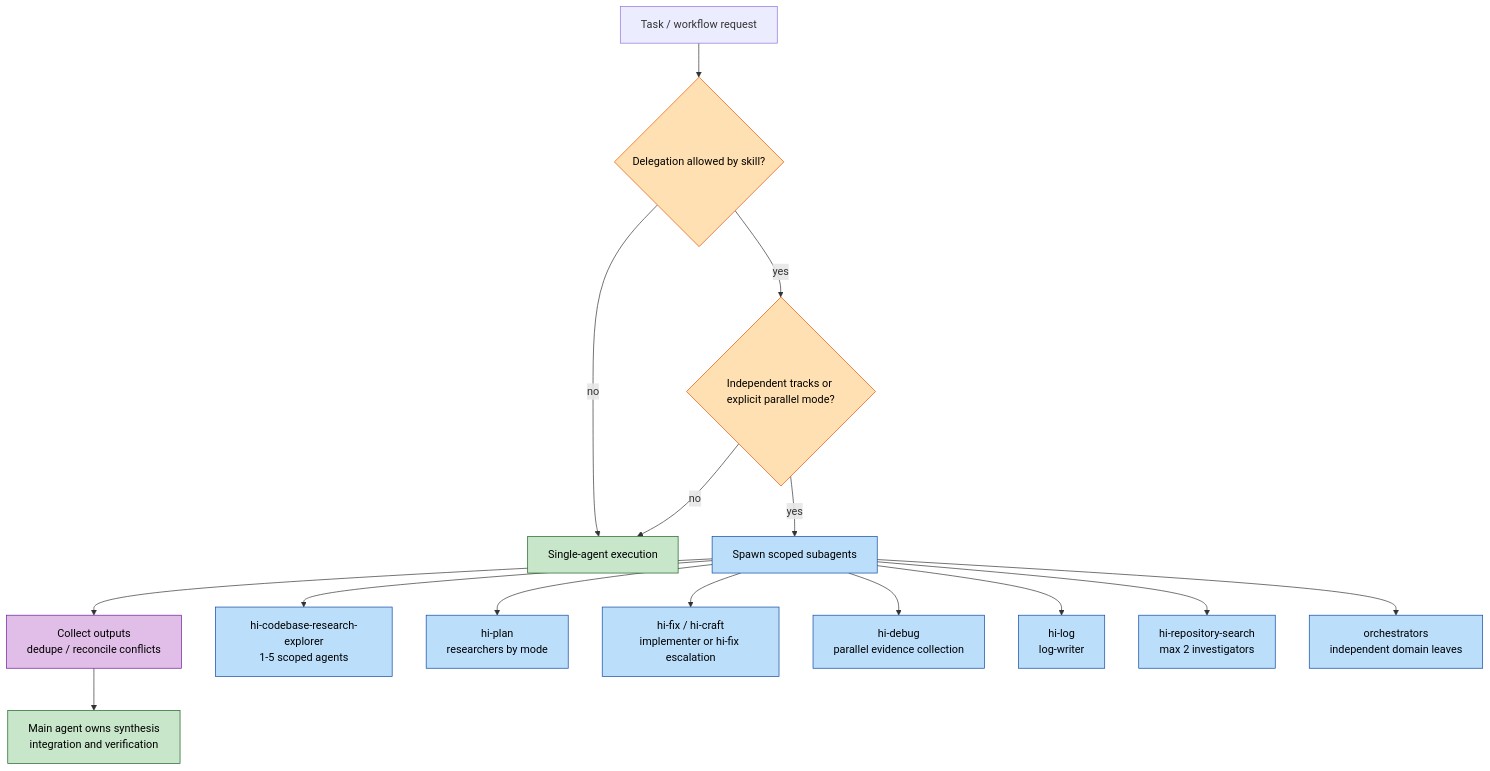
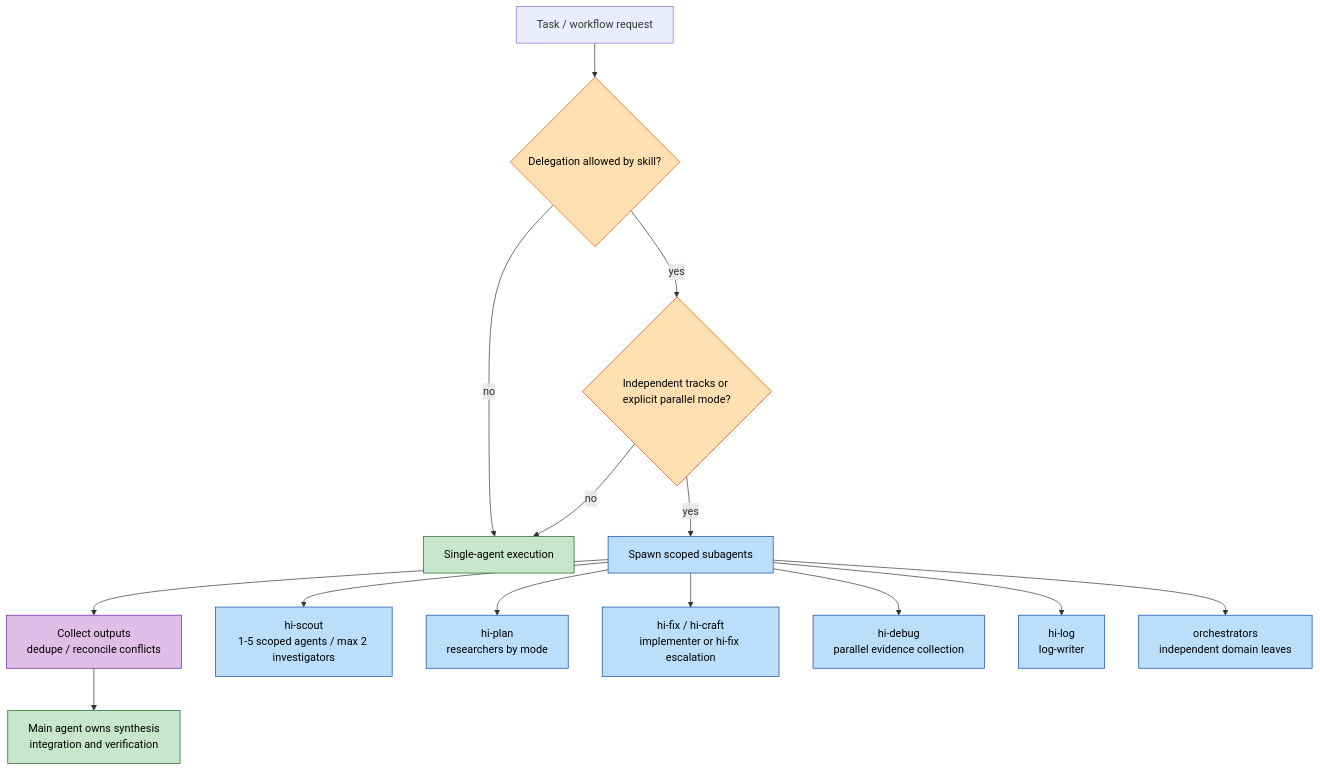
One commit to baka3k/dev-kit changed the tenth of 10 diagrams in devkit.md. Above: the diagram before and after it, drawn with Mermaid. The commit also changed other lines of this file and 62 other files, not shown here.

First line of the commit message:
refactor: replace hi-codebase-research-explorer with hi-scout across documentation and workflows

````diff
--- a/devkit.md
+++ b/devkit.md
@@ -421,27 +417,26 @@
 ```mermaid
 graph TD
     A["Task / workflow request"] --> B{"Delegation allowed by skill?"}
     B -->|no| C["Single-agent execution"]
     B -->|yes| D{"Independent tracks or explicit parallel mode?"}
     D -->|no| C
     D -->|yes| E["Spawn scoped subagents"]
     E --> F["Collect outputs<br/>dedupe / reconcile conflicts"]
     F --> G["Main agent owns synthesis<br/>integration and verification"]
 
-    E --> H["hi-codebase-research-explorer<br/>1-5 scoped agents"]
+    E --> H["hi-scout<br/>1-5 scoped agents / max 2 investigators"]
     E --> I["hi-plan<br/>researchers by mode"]
     E --> J["hi-fix / hi-craft<br/>implementer or hi-fix escalation"]
     E --> K["hi-debug<br/>parallel evidence collection"]
     E --> L["hi-log<br/>log-writer"]
-    E --> M["hi-repository-search<br/>max 2 investigators"]
     E --> N["orchestrators<br/>independent domain leaves"]
 
     classDef decision fill:#ffe0b2,stroke:#e65100,color:#000
     classDef primary fill:#c8e6c9,stroke:#1b5e20,color:#000
     classDef delegated fill:#bbdefb,stroke:#0d47a1,color:#000
     classDef synthesis fill:#e1bee7,stroke:#6a1b9a,color:#000
     class B,D decision
     class C,G primary
-    class E,H,I,J,K,L,M,N delegated
+    class E,H,I,J,K,L,N delegated
     class F synthesis
 ```
````
